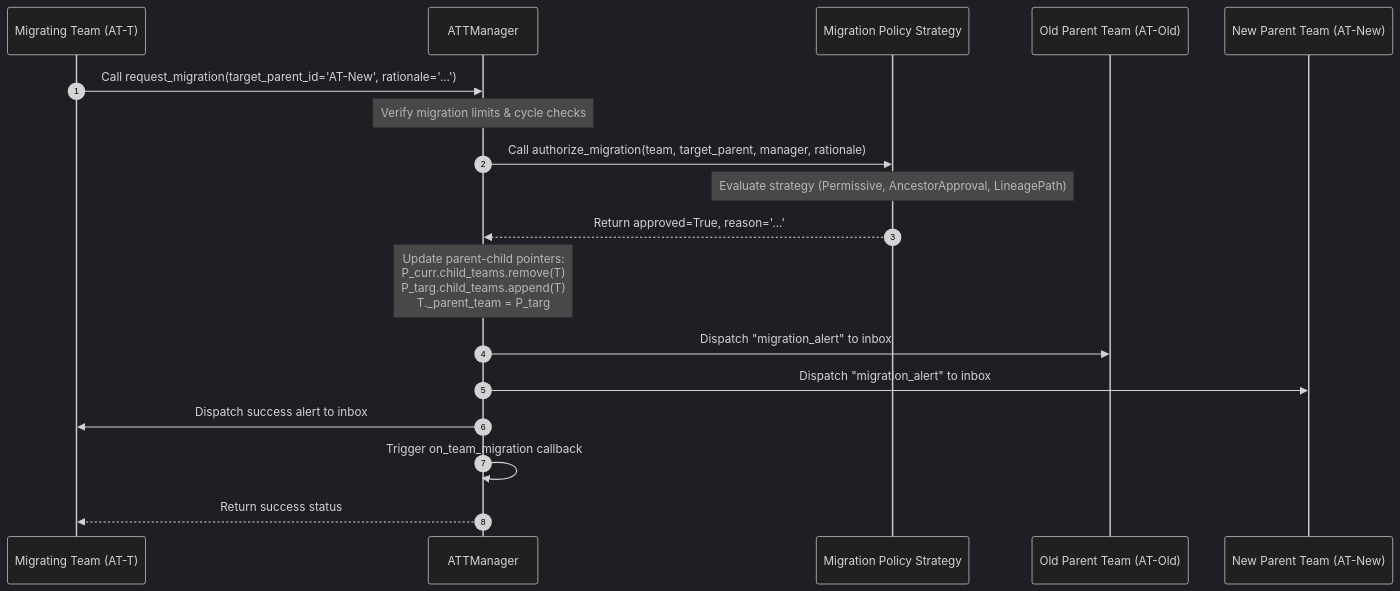
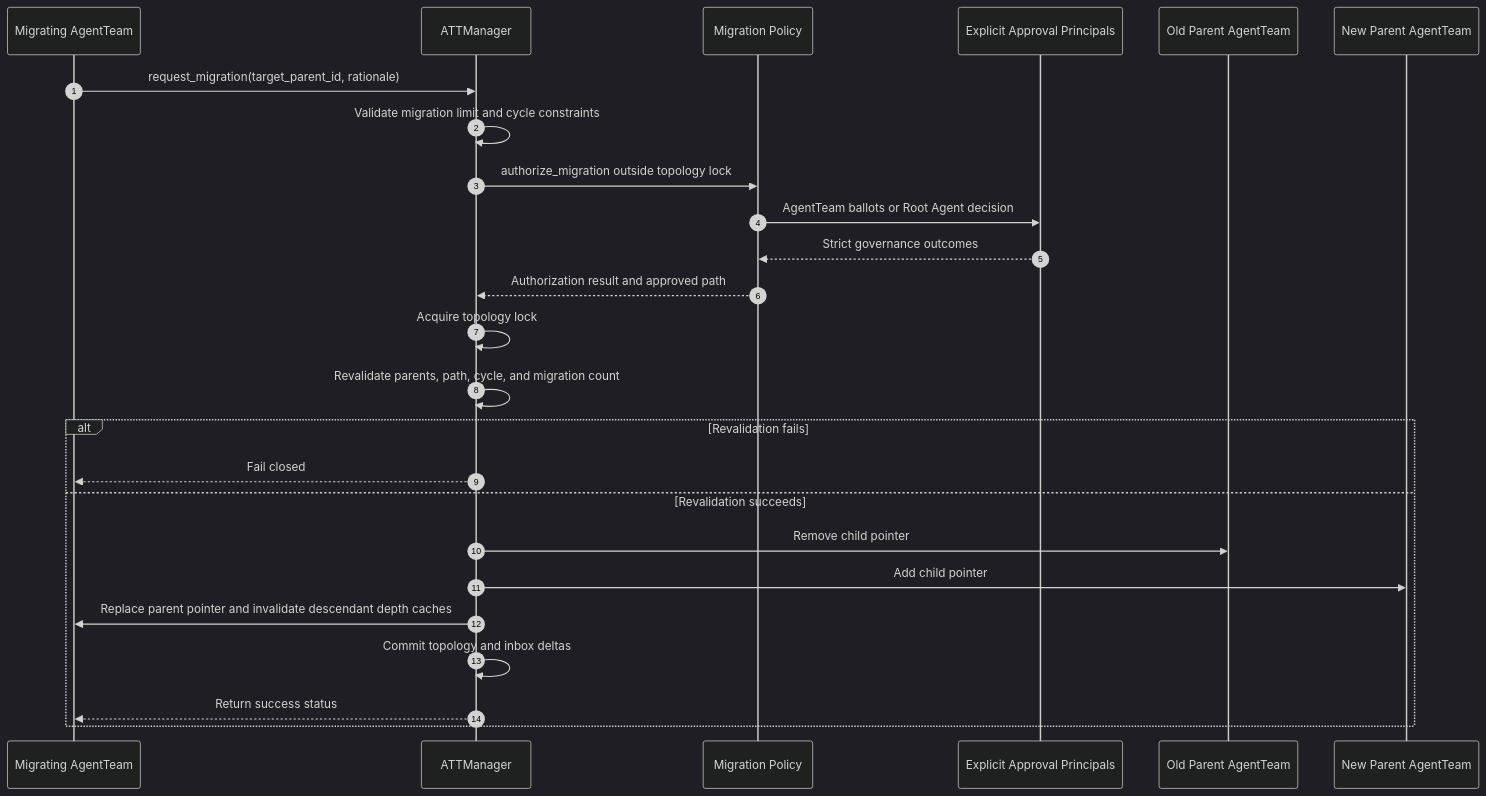
The fourth of 6 diagrams in docs/flowcharts/Lineage_Tree_Mutations.md (AI-Team-Team/AI-Team-Team), drawn with Mermaid (dark theme) before and after one commit. The commit also changed other lines of this file and 32 other files, not shown here.

````diff
--- a/docs/flowcharts/Lineage_Tree_Mutations.md
+++ b/docs/flowcharts/Lineage_Tree_Mutations.md
@@ -110,24 +95,28 @@
 ```mermaid
 sequenceDiagram
     autonumber
-    participant T as Migrating Team (AT-T)
+    participant T as Migrating AgentTeam
     participant Manager as ATTManager
-    participant Policy as Migration Policy Strategy
-    participant P_curr as Old Parent Team (AT-Old)
-    participant P_targ as New Parent Team (AT-New)
+    participant Policy as Migration Policy
+    participant Principals as Explicit Approval Principals
+    participant Old as Old Parent AgentTeam
+    participant New as New Parent AgentTeam
 
-    T->>Manager: Call request_migration(target_parent_id='AT-New', rationale='...')
-    Note over Manager: Verify migration limits & cycle checks
-    Manager->>Policy: Call authorize_migration(team, target_parent, manager, rationale)
-    Note over Policy: Evaluate strategy (Permissive, AncestorApproval, LineagePath)
-    Policy-->>Manager: Return approved=True, reason='...'
-    
-    Note over Manager: Update parent-child pointers:<br/>P_curr.child_teams.remove(T)<br/>P_targ.child_teams.append(T)<br/>T._parent_team = P_targ
-    
-    Manager->>P_curr: Dispatch "migration_alert" to inbox
-    Manager->>P_targ: Dispatch "migration_alert" to inbox
-    Manager->>T: Dispatch success alert to inbox
-    
-    Manager->>Manager: Trigger on_team_migration callback
-    Manager-->>T: Return success status
+    T->>Manager: request_migration(target_parent_id, rationale)
+    Manager->>Manager: Validate migration limit and cycle constraints
+    Manager->>Policy: authorize_migration outside topology lock
+    Policy->>Principals: AgentTeam ballots or Root Agent decision
+    Principals-->>Policy: Strict governance outcomes
+    Policy-->>Manager: Authorization result and approved path
+    Manager->>Manager: Acquire topology lock
+    Manager->>Manager: Revalidate parents, path, cycle, and migration count
+    alt Revalidation fails
+        Manager-->>T: Fail closed
+    else Revalidation succeeds
+        Manager->>Old: Remove child pointer
+        Manager->>New: Add child pointer
+        Manager->>T: Replace parent pointer and invalidate descendant depth caches
+        Manager->>Manager: Commit topology and inbox deltas
+        Manager-->>T: Return success status
+    end
 ```
````
